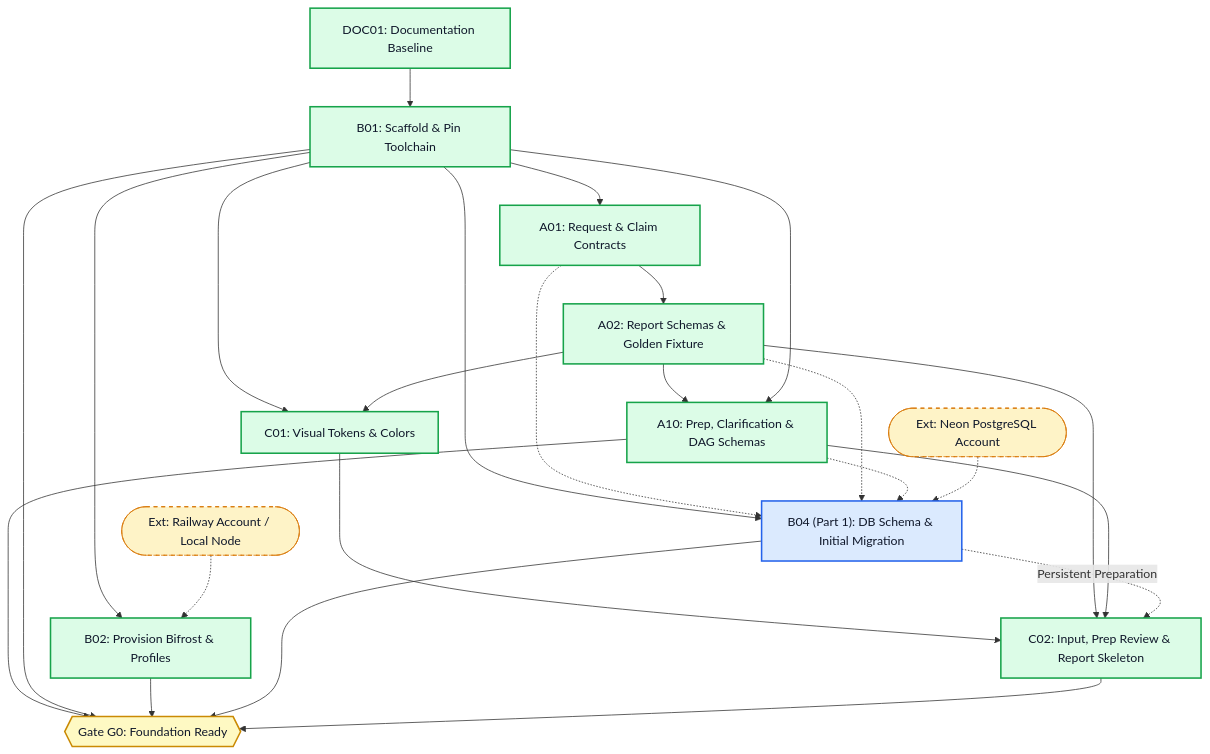
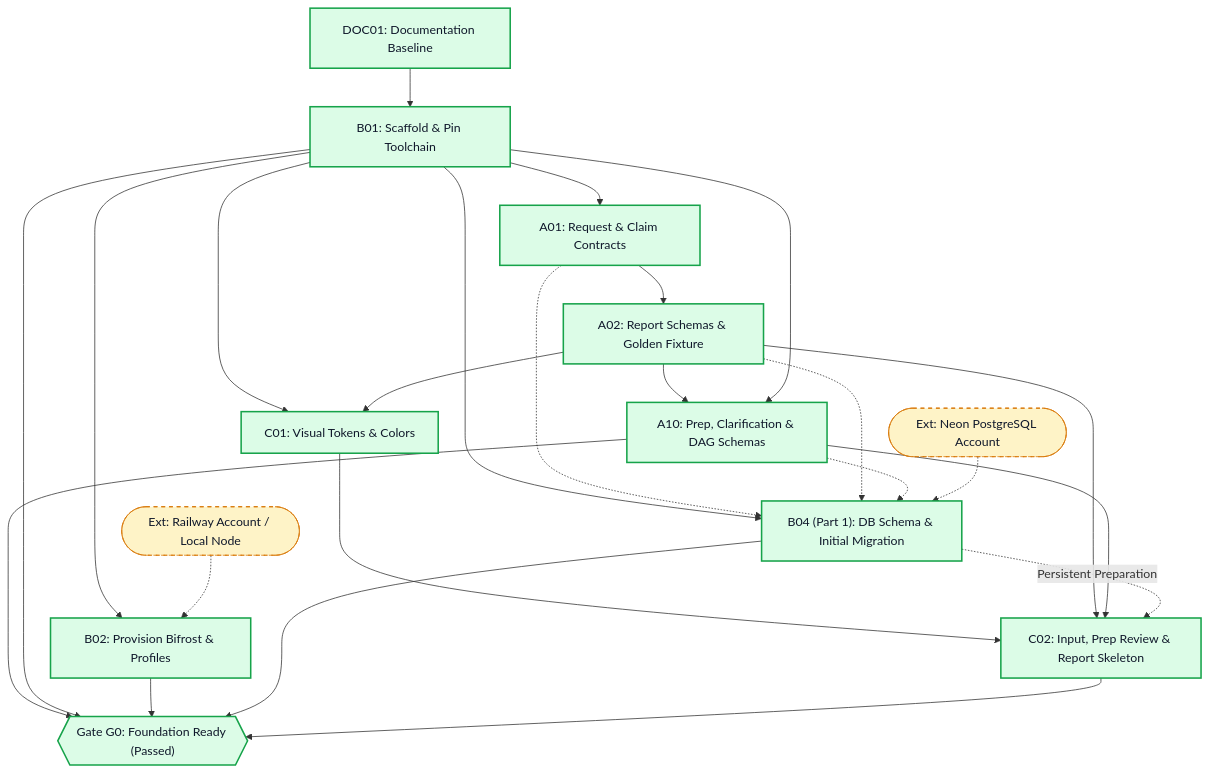
One commit to Driftaxe/Afterfact changed the second of 6 diagrams in docs/PARALLEL-WORK-PLAN.md. Above: the diagram before and after it, drawn with Mermaid. The commit also changed other lines of this file and 10 other files, not shown here.

````diff
--- a/docs/PARALLEL-WORK-PLAN.md
+++ b/docs/PARALLEL-WORK-PLAN.md
@@ -129,51 +129,51 @@
 ```mermaid
 flowchart TD
     classDef verified fill:#dcfce7,stroke:#16a34a,stroke-width:2px,color:#0f172a;
     classDef unblocked fill:#dbeafe,stroke:#2563eb,stroke-width:2px,color:#0f172a;
     classDef external fill:#fef3c7,stroke:#d97706,stroke-width:1px,stroke-dasharray: 5 5,color:#0f172a;
     classDef gate fill:#fef9c3,stroke:#ca8a04,stroke-width:2px,color:#0f172a;
 
     DOC01["DOC01: Documentation Baseline"]:::verified
     B01["B01: Scaffold & Pin Toolchain"]:::verified
     A01["A01: Request & Claim Contracts"]:::verified
     A02["A02: Report Schemas & Golden Fixture"]:::verified
     A10["A10: Prep, Clarification & DAG Schemas"]:::verified
 
     BifrostExt(["Ext: Railway Account / Local Node"]):::external
     B02["B02: Provision Bifrost & Profiles"]:::verified
 
     NeonAcct(["Ext: Neon PostgreSQL Account"]):::external
-    B04a["B04 (Part 1): DB Schema & Initial Migration"]:::unblocked
+    B04a["B04 (Part 1): DB Schema & Initial Migration"]:::verified
 
     C01["C01: Visual Tokens & Colors"]:::verified
     C02["C02: Input, Prep Review & Report Skeleton"]:::verified
 
-    GateG0{{"Gate G0: Foundation Ready"}}:::gate
+    GateG0{{"Gate G0: Foundation Ready (Passed)"}}:::verified
 
     DOC01 --> B01
     B01 --> A01
     A01 --> A02
     A02 --> A10
     B01 --> A10
     B01 --> B02
     BifrostExt -.-> B02
 
     B01 --> B04a
     A01 -.-> B04a
     A02 -.-> B04a
     A10 -.-> B04a
     NeonAcct -.-> B04a
 
     B01 --> C01
     A02 --> C01
     C01 --> C02
     A02 --> C02
     A10 --> C02
     B04a -.->|Persistent Preparation| C02
 
     A10 --> GateG0
     B01 --> GateG0
     B02 --> GateG0
     B04a --> GateG0
     C02 --> GateG0
 ```
````
